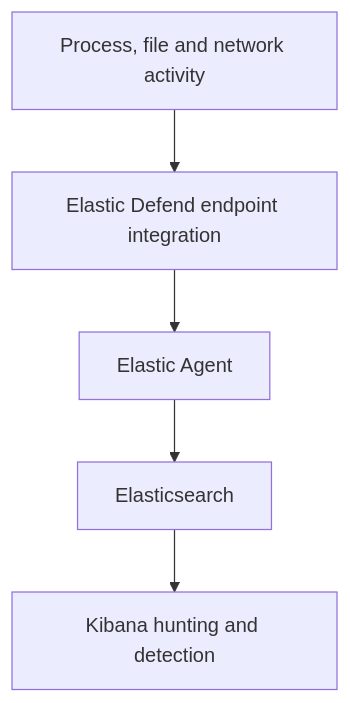
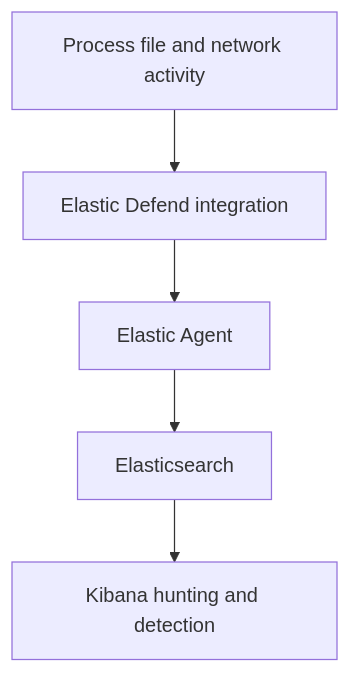
The fourth of 10 diagrams in 02-scenario/README.md (KdMenon007/CatchMe-SOC-Project-01), drawn with Mermaid before and after one commit. The commit also changed other lines of this file, not shown here.

````diff
--- a/02-scenario/README.md
+++ b/02-scenario/README.md
@@ -191,7 +191,7 @@
 ```mermaid
 flowchart TD
-    A["Process, file and network activity"] --> B["Elastic Defend endpoint integration"]
-    B --> C["Elastic Agent"]
-    C --> D["Elasticsearch"]
-    D --> E["Kibana hunting and detection"]
+    A[Process file and network activity] --> B[Elastic Defend integration]
+    B --> C[Elastic Agent]
+    C --> D[Elasticsearch]
+    D --> E[Kibana hunting and detection]
 ```
````
